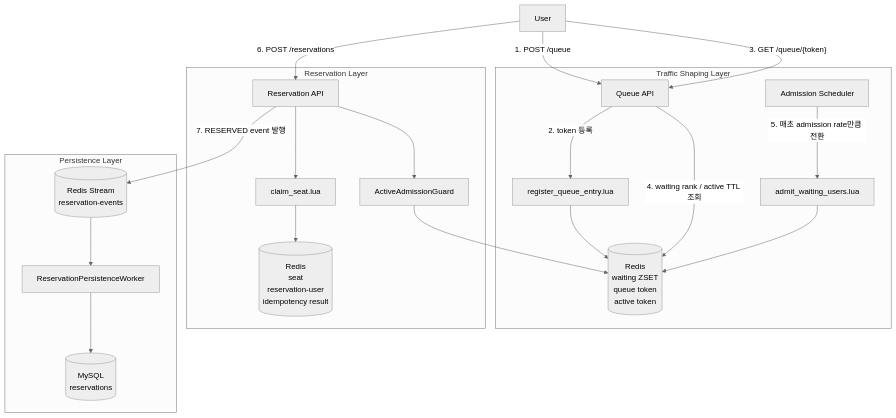
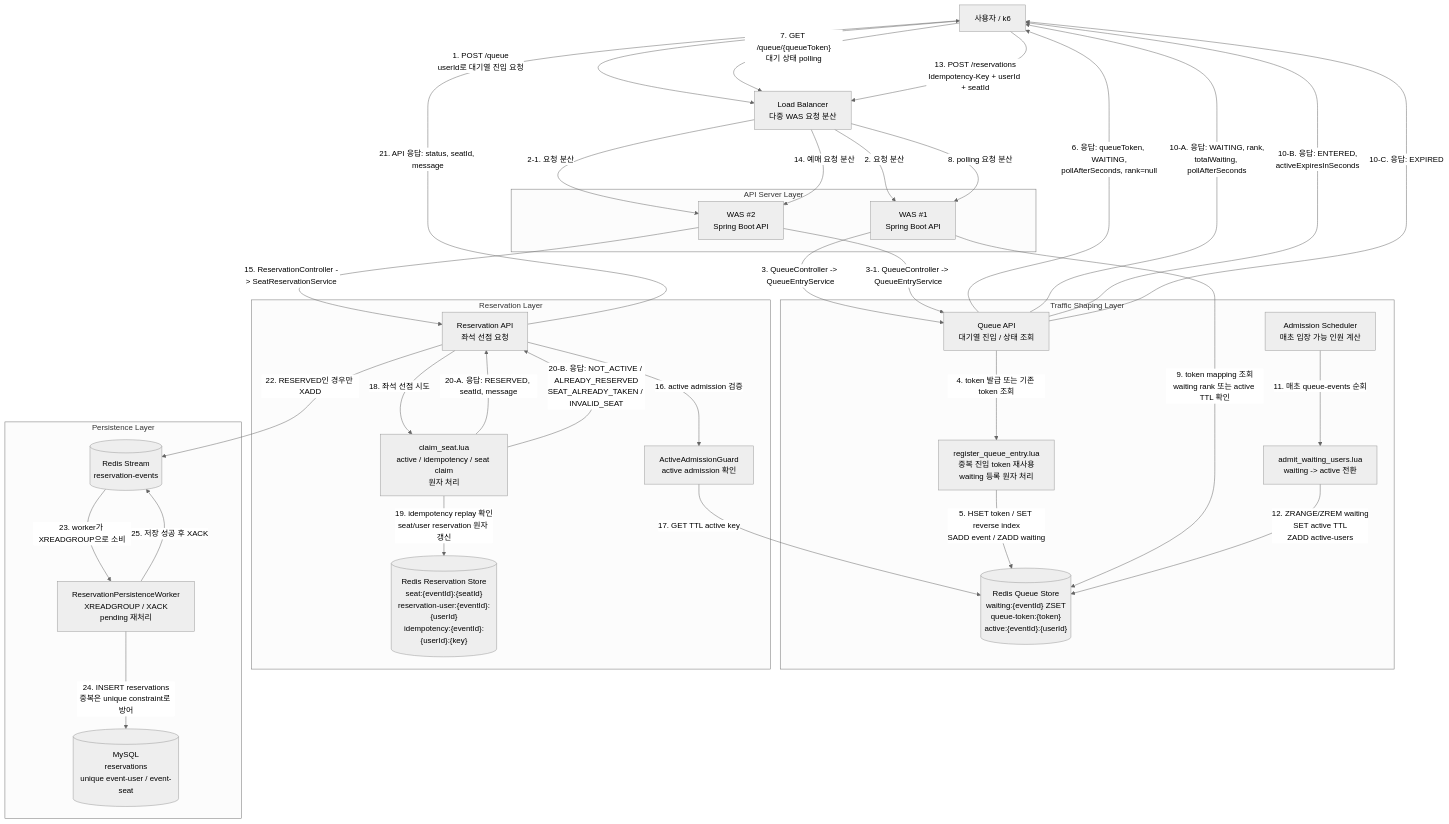
The first of 5 diagrams in 블로그.md (LEE-HYUN-JE/ticketing-system), drawn with Mermaid (neutral theme) before and after one commit. The commit also changed other lines of this file, not shown here.

Commit message:
Clarify blog architecture diagram

````diff
--- a/블로그.md
+++ b/블로그.md
@@ -218,41 +232,66 @@
 ```mermaid
 flowchart TD
-    User["User"]
+    User["사용자 / k6"]
+    LB["Load Balancer<br/>다중 WAS 요청 분산"]
+
+    subgraph WasLayer["API Server Layer"]
+        WAS1["WAS #1<br/>Spring Boot API"]
+        WAS2["WAS #2<br/>Spring Boot API"]
+    end
 
     subgraph QueueLayer["Traffic Shaping Layer"]
-        QueueApi["Queue API"]
-        QueueEntryLua["register_queue_entry.lua"]
-        RedisQueue[("Redis\nwaiting ZSET\nqueue token\nactive token")]
-        Scheduler["Admission Scheduler"]
-        AdmissionLua["admit_waiting_users.lua"]
+        QueueApi["Queue API<br/>대기열 진입 / 상태 조회"]
+        QueueEntryLua["register_queue_entry.lua<br/>중복 진입 token 재사용<br/>waiting 등록 원자 처리"]
+        Scheduler["Admission Scheduler<br/>매초 입장 가능 인원 계산"]
+        AdmissionLua["admit_waiting_users.lua<br/>waiting -> active 전환"]
+        RedisQueue[("Redis Queue Store<br/>waiting:{eventId} ZSET<br/>queue-token:{token}<br/>active:{eventId}:{userId}")]
     end
 
     subgraph ReservationLayer["Reservation Layer"]
-        ReservationApi["Reservation API"]
-        ActiveGuard["ActiveAdmissionGuard"]
-        ClaimLua["claim_seat.lua"]
-        RedisReservation[("Redis\nseat\nreservation-user\nidempotency result")]
+        ReservationApi["Reservation API<br/>좌석 선점 요청"]
+        ActiveGuard["ActiveAdmissionGuard<br/>active admission 확인"]
+        ClaimLua["claim_seat.lua<br/>active / idempotency / seat claim<br/>원자 처리"]
+        RedisReservation[("Redis Reservation Store<br/>seat:{eventId}:{seatId}<br/>reservation-user:{eventId}:{userId}<br/>idempotency:{eventId}:{userId}:{key}")]
     end
 
     subgraph PersistenceLayer["Persistence Layer"]
-        Stream[("Redis Stream\nreservation-events")]
-        Worker["ReservationPersistenceWorker"]
-        MySQL[("MySQL\nreservations")]
+        Stream[("Redis Stream<br/>reservation-events")]
+        Worker["ReservationPersistenceWorker<br/>XREADGROUP / XACK<br/>pending 재처리"]
+        MySQL[("MySQL<br/>reservations<br/>unique event-user / event-seat")]
     end
 
-    User -->|"1. POST /queue"| QueueApi
-    QueueApi -->|"2. token 등록"| QueueEntryLua
-    QueueEntryLua --> RedisQueue
-    User -->|"3. GET /queue/{token}"| QueueApi
-    QueueApi -->|"4. waiting rank / active TTL 조회"| RedisQueue
-    Scheduler -->|"5. 매초 admission rate만큼 전환"| AdmissionLua
-    AdmissionLua --> RedisQueue
-    User -->|"6. POST /reservations"| ReservationApi
-    ReservationApi --> ActiveGuard
-    ActiveGuard --> RedisQueue
-    ReservationApi --> ClaimLua
-    ClaimLua --> RedisReservation
-    ReservationApi -->|"7. RESERVED event 발행"| Stream
-    Stream --> Worker
-    Worker --> MySQL
+    User -->|"1. POST /queue<br/>userId로 대기열 진입 요청"| LB
+    LB -->|"2. 요청 분산"| WAS1
+    LB -->|"2-1. 요청 분산"| WAS2
+    WAS1 -->|"3. QueueController -> QueueEntryService"| QueueApi
+    WAS2 -->|"3-1. QueueController -> QueueEntryService"| QueueApi
+    QueueApi -->|"4. token 발급 또는 기존 token 조회"| QueueEntryLua
+    QueueEntryLua -->|"5. HSET token / SET reverse index<br/>SADD event / ZADD waiting"| RedisQueue
+    QueueApi -->|"6. 응답: queueToken, WAITING,<br/>pollAfterSeconds, rank=null"| User
+
+    User -->|"7. GET /queue/{queueToken}<br/>대기 상태 polling"| LB
+    LB -->|"8. polling 요청 분산"| WAS1
+    WAS1 -->|"9. token mapping 조회<br/>waiting rank 또는 active TTL 확인"| RedisQueue
+    QueueApi -->|"10-A. 응답: WAITING, rank,<br/>totalWaiting, pollAfterSeconds"| User
+    QueueApi -->|"10-B. 응답: ENTERED,<br/>activeExpiresInSeconds"| User
+    QueueApi -->|"10-C. 응답: EXPIRED"| User
+
+    Scheduler -->|"11. 매초 queue-events 순회"| AdmissionLua
+    AdmissionLua -->|"12. ZRANGE/ZREM waiting<br/>SET active TTL<br/>ZADD active-users"| RedisQueue
+
+    User -->|"13. POST /reservations<br/>Idempotency-Key + userId + seatId"| LB
+    LB -->|"14. 예매 요청 분산"| WAS2
+    WAS2 -->|"15. ReservationController -> SeatReservationService"| ReservationApi
+    ReservationApi -->|"16. active admission 검증"| ActiveGuard
+    ActiveGuard -->|"17. GET TTL active key"| RedisQueue
+    ReservationApi -->|"18. 좌석 선점 시도"| ClaimLua
+    ClaimLua -->|"19. idempotency replay 확인<br/>seat/user reservation 원자 갱신"| RedisReservation
+    ClaimLua -->|"20-A. 응답: RESERVED, seatId, message"| ReservationApi
+    ClaimLua -->|"20-B. 응답: NOT_ACTIVE / ALREADY_RESERVED<br/>SEAT_ALREADY_TAKEN / INVALID_SEAT"| ReservationApi
+    ReservationApi -->|"21. API 응답: status, seatId, message"| User
+
+    ReservationApi -->|"22. RESERVED인 경우만 XADD"| Stream
+    Stream -->|"23. worker가 XREADGROUP으로 소비"| Worker
+    Worker -->|"24. INSERT reservations<br/>중복은 unique constraint로 방어"| MySQL
+    Worker -->|"25. 저장 성공 후 XACK"| Stream
 ```
````
